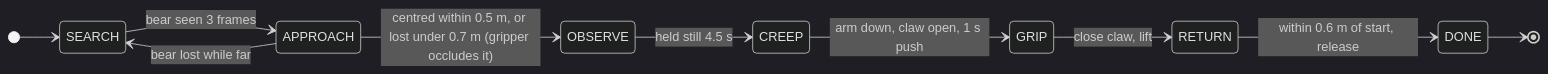
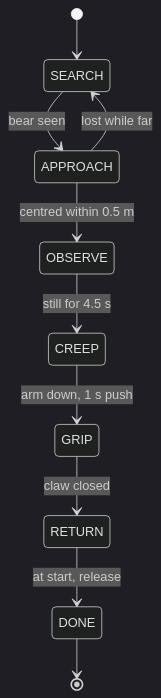
One commit to kylevirtuous1211/Robot-navigation-projects changed the second of 4 diagrams in Final_Project/README.md. Above: the diagram before and after it, drawn with Mermaid (dark theme). The commit also changed other lines of this file, not shown here.

First line of the commit message:
docs(Final_Project): lay out the diagrams top-down so they stay readable

````diff
--- a/Final_Project/README.md
+++ b/Final_Project/README.md
@@ -48,13 +50,12 @@
 ```mermaid
 stateDiagram-v2
-  direction LR
   [*] --> SEARCH
-  SEARCH --> APPROACH: bear seen 3 frames
-  APPROACH --> SEARCH: bear lost while far
-  APPROACH --> OBSERVE: centred within 0.5 m, or lost under 0.7 m (gripper occludes it)
-  OBSERVE --> CREEP: held still 4.5 s
-  CREEP --> GRIP: arm down, claw open, 1 s push
-  GRIP --> RETURN: close claw, lift
-  RETURN --> DONE: within 0.6 m of start, release
+  SEARCH --> APPROACH: bear seen
+  APPROACH --> SEARCH: lost while far
+  APPROACH --> OBSERVE: centred within 0.5 m
+  OBSERVE --> CREEP: still for 4.5 s
+  CREEP --> GRIP: arm down, 1 s push
+  GRIP --> RETURN: claw closed
+  RETURN --> DONE: at start, release
   DONE --> [*]
 ```
````
